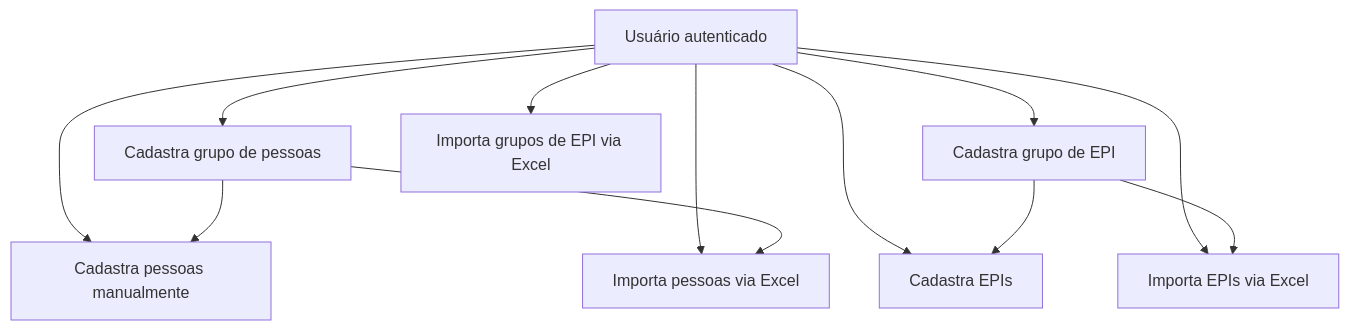
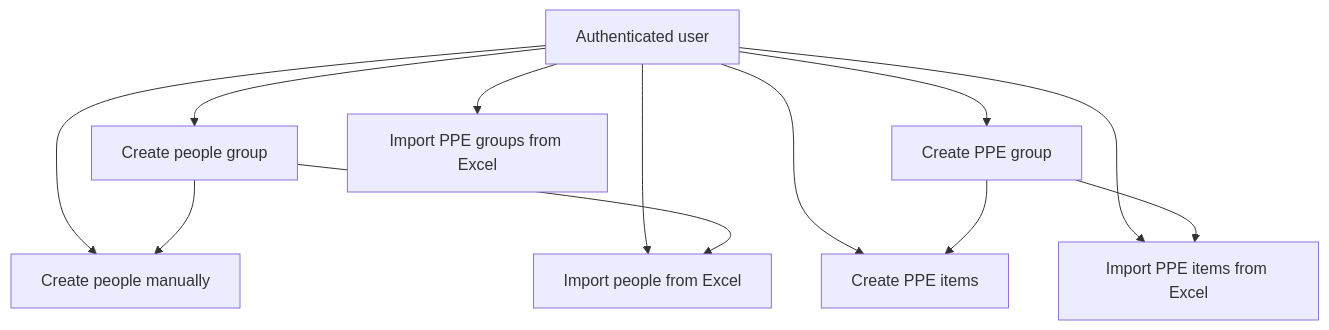
Before and after one commit to teixeira308/doc-filler-api-js: the second of 4 diagrams in README.md, drawn with Mermaid. The commit also changed other lines of this file, not shown here.

````diff
--- a/README.md
+++ b/README.md
@@ -113,15 +113,15 @@
 ```mermaid
 flowchart TD
-    A[Usuário autenticado] --> B[Cadastra grupo de pessoas]
-    A --> C[Cadastra pessoas manualmente]
-    A --> D[Importa pessoas via Excel]
-    A --> E[Cadastra grupo de EPI]
-    A --> F[Cadastra EPIs]
-    A --> G[Importa grupos de EPI via Excel]
-    A --> H[Importa EPIs via Excel]
+    A[Authenticated user] --> B[Create people group]
+    A --> C[Create people manually]
+    A --> D[Import people from Excel]
+    A --> E[Create PPE group]
+    A --> F[Create PPE items]
+    A --> G[Import PPE groups from Excel]
+    A --> H[Import PPE items from Excel]
 
     B --> C
     B --> D
     E --> F
     E --> H
 ```
````
